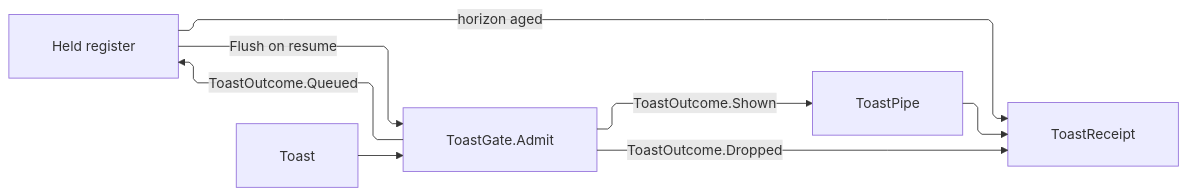
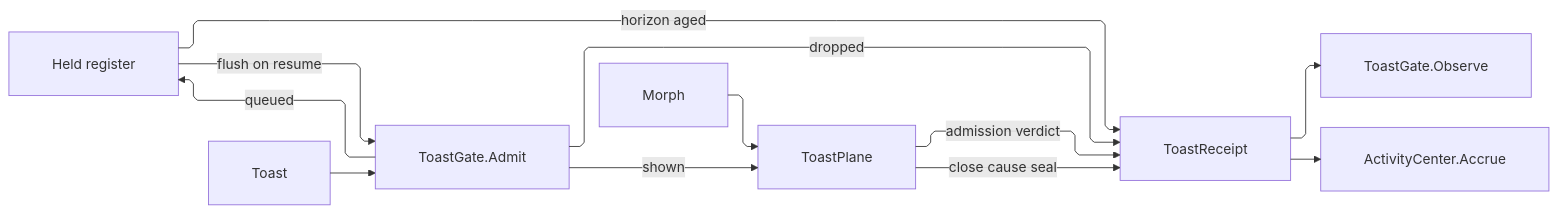
One commit to bsamiee/Rasm changed the second of 2 diagrams in libs/csharp/Rasm.AppUi/.planning/Shell/dialogs.md. Above: the diagram before and after it, drawn with Mermaid. The commit also changed other lines of this file and 747 other files, not shown here.

````diff
--- a/libs/csharp/Rasm.AppUi/.planning/Shell/dialogs.md
+++ b/libs/csharp/Rasm.AppUi/.planning/Shell/dialogs.md
@@ -290,19 +1114,23 @@
 ```mermaid
 ---
 config:
   layout: elk
   flowchart:
     curve: linear
     padding: 25
 ---
 flowchart LR
-    accTitle: Toast admission and outcome fan
-    accDescr: A toast admitting through the gate into the shown pipe, the held register, or a dropped receipt, held entries flushing back on resume or aging past the horizon onto the same receipt.
+    accTitle: Toast admission, morph, and outcome fan
+    accDescr: A toast admitting through the gate into the presentation plane, the held register, or a dropped receipt, a pending note morphing in place on the plane under its admission correlation, held entries flushing back on resume or aging past the horizon, and the plane sealing a cause-bearing receipt when the card reports its close.
     Toast["Toast"] --> Admit["ToastGate.Admit"]
-    Admit -->|"ToastOutcome.Shown"| Pipe["ToastPipe"]
-    Admit -->|"ToastOutcome.Queued"| Held["Held register"]
-    Admit -->|"ToastOutcome.Dropped"| Receipt["ToastReceipt"]
-    Held -->|"Flush on resume"| Admit
-    Pipe --> Receipt
+    Admit -->|"shown"| Plane["ToastPlane"]
+    Admit -->|"queued"| Held["Held register"]
+    Admit -->|"dropped"| Receipt["ToastReceipt"]
+    Morph["Morph"] --> Plane
+    Held -->|"flush on resume"| Admit
+    Plane -->|"admission verdict"| Receipt
+    Plane -->|"close cause seal"| Receipt
     Held -->|"horizon aged"| Receipt
+    Receipt --> Observe["ToastGate.Observe"]
+    Receipt --> Center["ActivityCenter.Accrue"]
 ```
````
